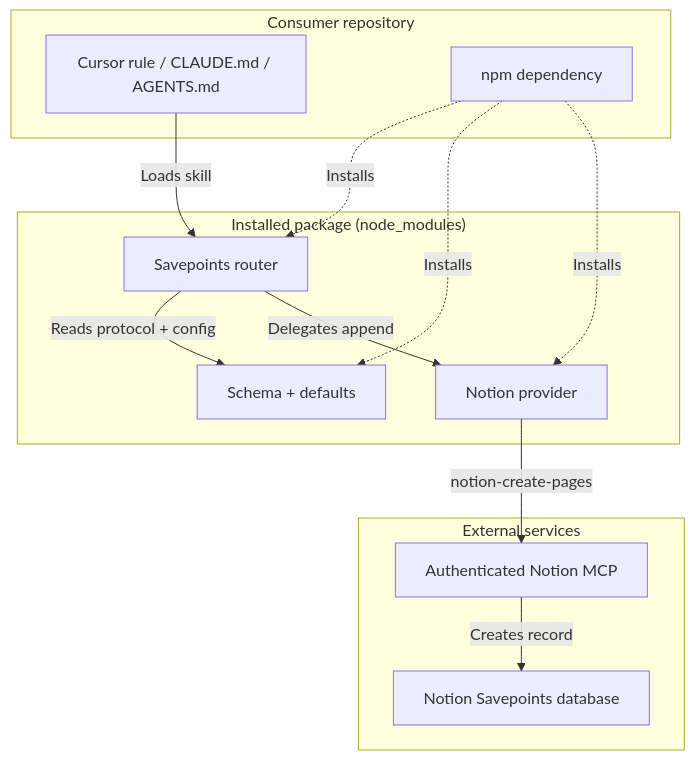
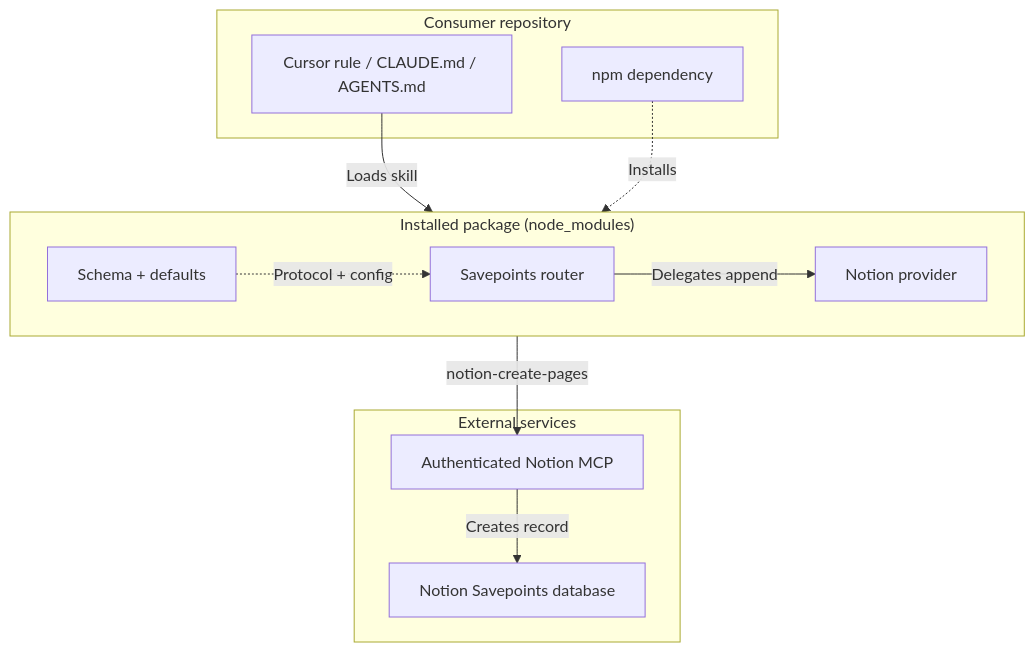
One commit to multipliers-dev/savepoints-lite changed the diagram in docs/architecture.md. Above: the diagram before and after it, drawn with Mermaid. The commit also changed other lines of this file, not shown here.

Commit message:
Simplify architecture diagram layout for readability.
Use a single install edge into node_modules, linear execution path, and sidecar schema link to avoid crossing edges.

````diff
--- a/docs/architecture.md
+++ b/docs/architecture.md
@@ -7,28 +7,27 @@
 ```mermaid
 flowchart TB
     subgraph Consumer["Consumer repository"]
         Activation["Cursor rule / CLAUDE.md / AGENTS.md"]
         Package["npm dependency"]
     end
 
     subgraph Installed["Installed package (node_modules)"]
+        direction LR
+        Schema["Schema + defaults"]
         Router["Savepoints router"]
-        Schema["Schema + defaults"]
         Provider["Notion provider"]
     end
 
     subgraph External["External services"]
         MCP["Authenticated Notion MCP"]
         Database["Notion Savepoints database"]
     end
 
-    Package -.->|"Installs"| Router
-    Package -.->|"Installs"| Schema
-    Package -.->|"Installs"| Provider
+    Package -.->|"Installs"| Installed
 
     Activation -->|"Loads skill"| Router
-    Router -->|"Reads protocol + config"| Schema
+    Schema -.->|"Protocol + config"| Router
     Router -->|"Delegates append"| Provider
     Provider -->|"notion-create-pages"| MCP
     MCP -->|"Creates record"| Database
 ```
````
